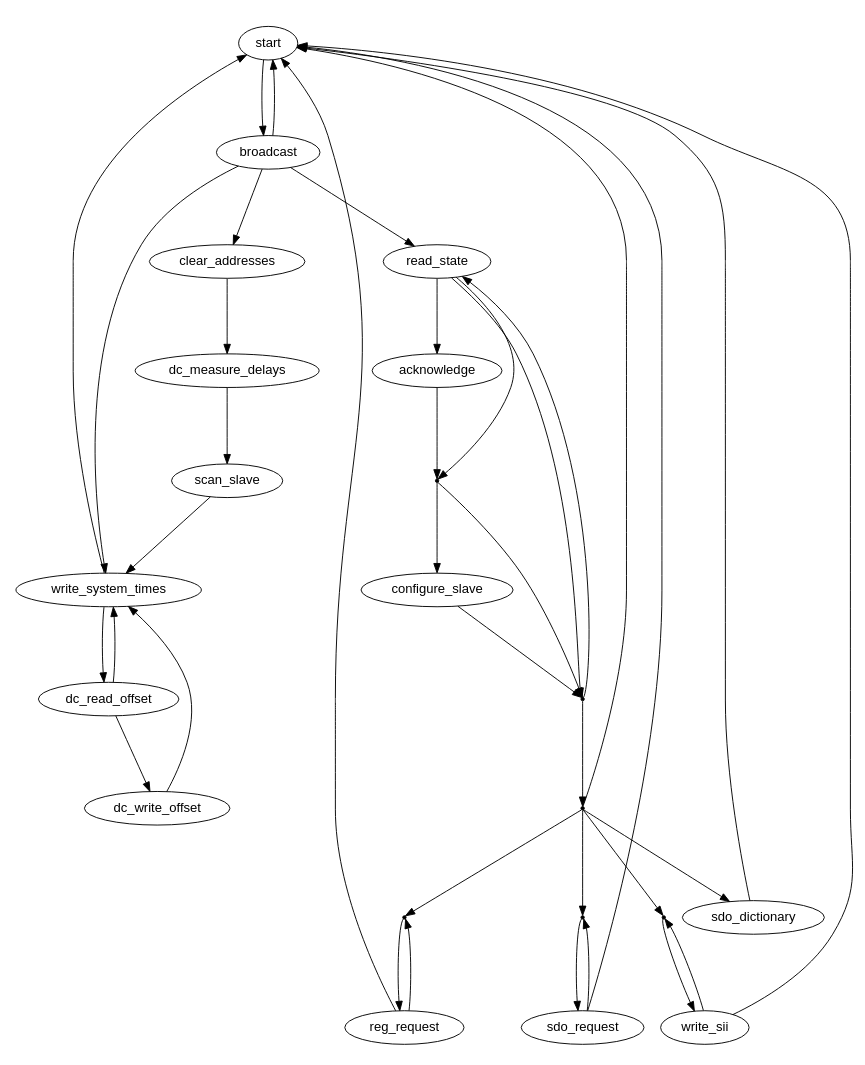
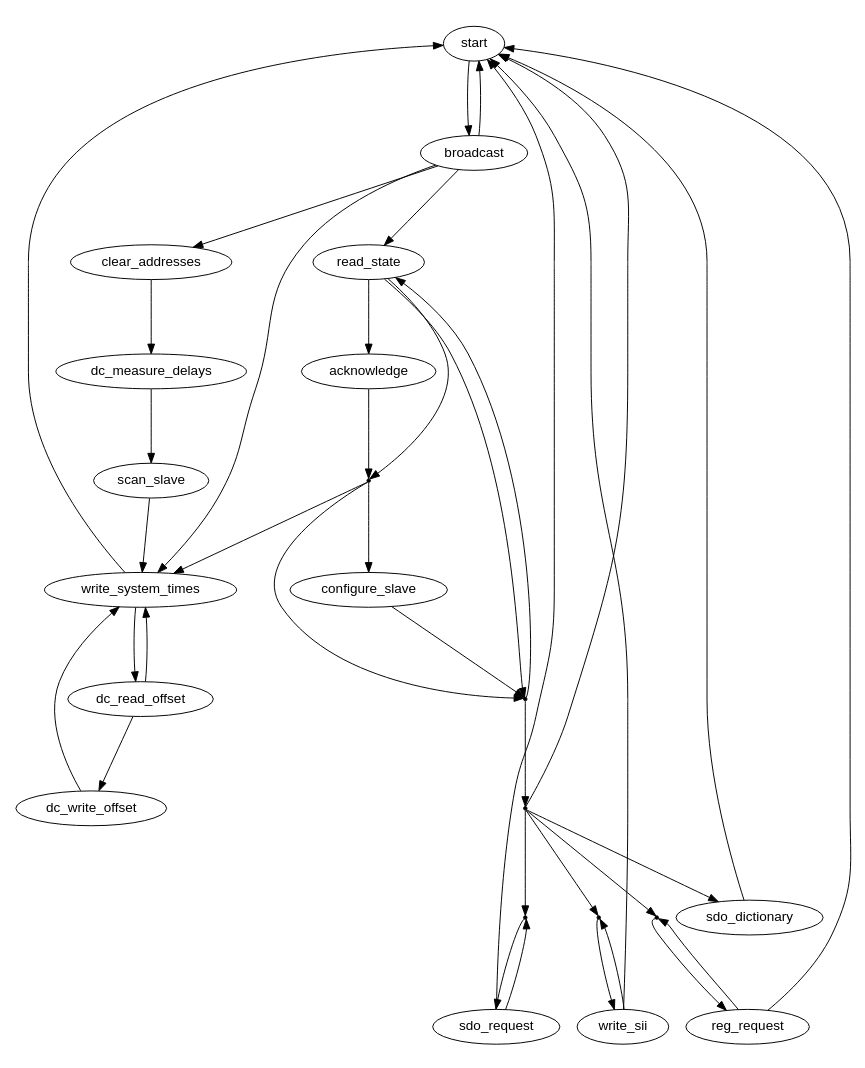
One commit to ribalda/ethercat changed the diagram in documentation/graphs/fsm_master.dot. Above: the diagram before and after it, drawn with Graphviz. The commit also changed 1 other file, not shown here.

Commit message:
Improved DC sync at startup: Abort iterating though slaves and first correct system time offsets, then begin configuring at slave 0.

```diff
--- a/documentation/graphs/fsm_master.dot
+++ b/documentation/graphs/fsm_master.dot
@@ -1,73 +1,74 @@
 
-/* $Id: fsm_master.dot,v df2b21f15939 2010/05/02 06:03:05 fp $ */
+/* $Id$ */
 
 digraph master {
     size="7,9"
     center=1
     ratio=fill
     node [fontname="Helvetica"]
 
     start -> broadcast [weight=10]
 
     broadcast -> start
     broadcast -> clear_addresses
     broadcast -> read_state
     broadcast -> write_system_times
 
     action_process_sii [shape=point,label=""]
     action_process_sii -> write_sii
 
     action_process_sdo [shape=point,label=""]
     action_process_sdo -> sdo_request
 
     action_process_register [shape=point,label=""]
     action_process_register -> reg_request
 
     action_idle [shape=point,label=""]
     action_idle -> action_process_sdo
     action_idle -> sdo_dictionary
     action_idle -> action_process_sii
     action_idle -> action_process_register
     action_idle -> start
 
     action_next_slave_state [shape=point,label=""]
     action_next_slave_state -> read_state
     action_next_slave_state -> action_idle [weight=10]
     
     action_configure [shape=point,label=""]
     action_configure -> configure_slave [weight=10]
     action_configure -> action_next_slave_state
+    action_configure -> write_system_times
 
     read_state -> acknowledge [weight=10]
     read_state -> action_configure
     read_state -> action_next_slave_state
 
     acknowledge -> action_configure [weight=10]
 
     clear_addresses -> dc_measure_delays [weight=10]
 
     dc_measure_delays -> scan_slave [weight=10]
 
     scan_slave -> write_system_times
 
     write_system_times -> start
     write_system_times -> dc_read_offset
 
     dc_read_offset -> write_system_times
     dc_read_offset -> dc_write_offset
 
     dc_write_offset -> write_system_times
 
     configure_slave -> action_next_slave_state
 
     write_sii -> action_process_sii
     write_sii -> start
 
     sdo_dictionary -> start
 
     sdo_request -> action_process_sdo
     sdo_request -> start
 
     reg_request -> action_process_register
     reg_request -> start
 }
```
